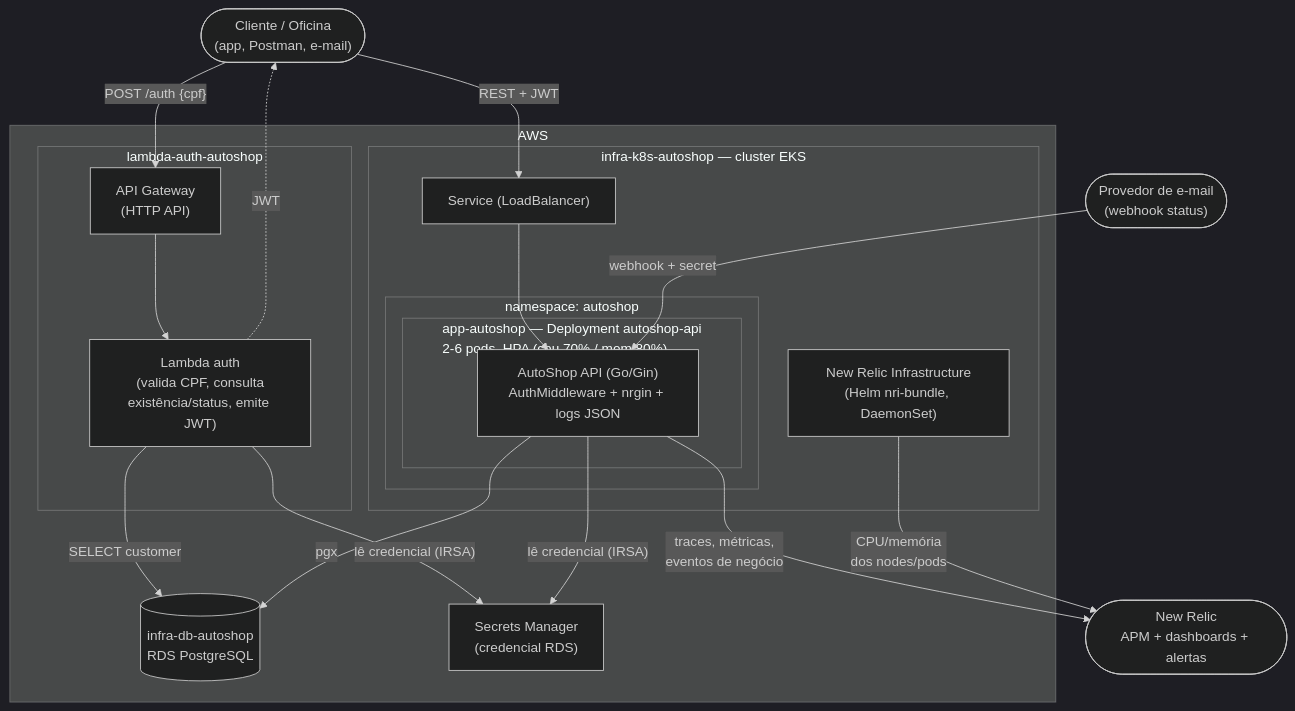
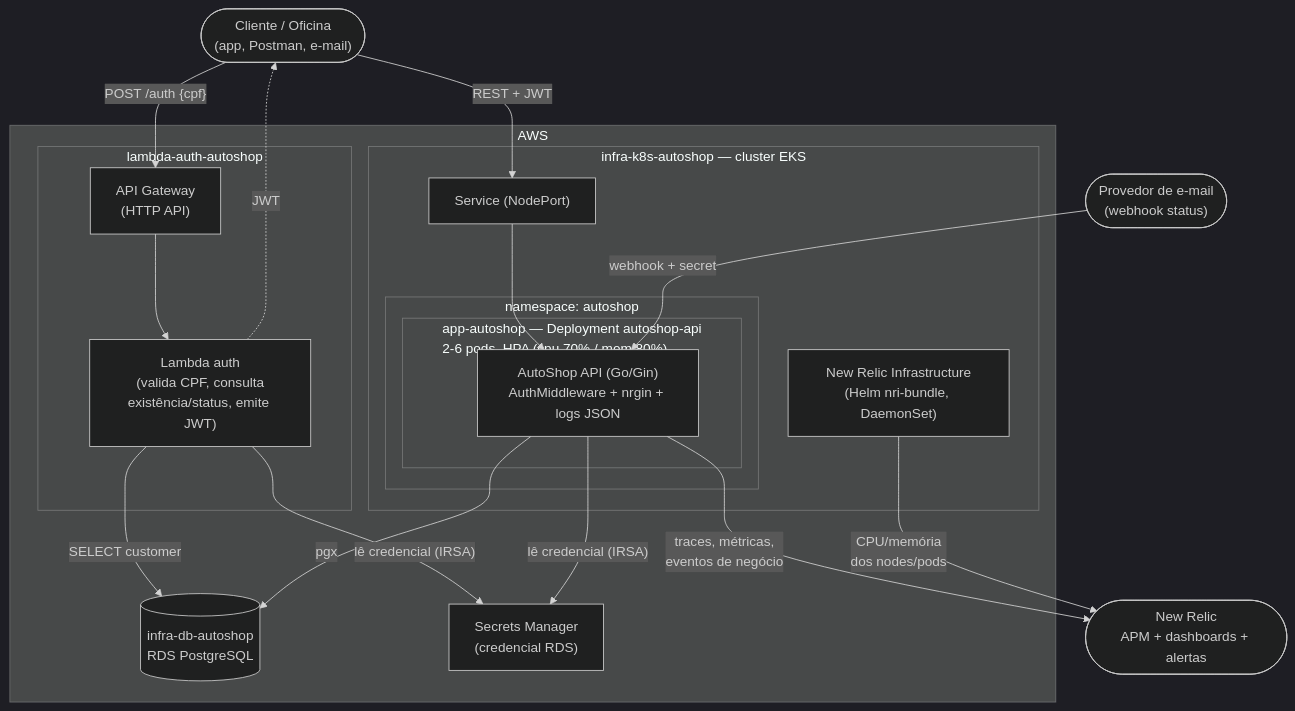
Before and after one commit to Jackeline2020/app-autoshop: the first of 3 diagrams in docs/architecture.md, drawn with Mermaid (dark theme). The commit also changed other lines of this file and 3 other files, not shown here.

````diff
--- a/docs/architecture.md
+++ b/docs/architecture.md
@@ -34,40 +34,40 @@
 ```mermaid
 flowchart TB
     Cliente(["Cliente / Oficina<br/>(app, Postman, e-mail)"])
 
     subgraph AWS["AWS"]
         subgraph AuthFlow["lambda-auth-autoshop"]
             APIGW["API Gateway<br/>(HTTP API)"]
             Lambda["Lambda auth<br/>(valida CPF, consulta<br/>existência/status, emite JWT)"]
         end
 
         subgraph EKS["infra-k8s-autoshop — cluster EKS"]
-            LB["Service (LoadBalancer)"]
+            LB["Service (NodePort)"]
             subgraph NS["namespace: autoshop"]
                 subgraph Pods["app-autoshop — Deployment autoshop-api<br/>2-6 pods, HPA (cpu 70% / mem 80%)"]
                     API["AutoShop API (Go/Gin)<br/>AuthMiddleware + nrgin + logs JSON"]
                 end
             end
             NRI["New Relic Infrastructure<br/>(Helm nri-bundle, DaemonSet)"]
         end
 
         RDS[("infra-db-autoshop<br/>RDS PostgreSQL")]
         SM["Secrets Manager<br/>(credencial RDS)"]
     end
 
     NewRelic(["New Relic<br/>APM + dashboards + alertas"])
     Email(["Provedor de e-mail<br/>(webhook status)"])
 
     Cliente -->|"POST /auth {cpf}"| APIGW --> Lambda
     Lambda -->|"SELECT customer"| RDS
     Lambda -.->|"JWT"| Cliente
     Lambda -->|"lê credencial (IRSA)"| SM
 
     Cliente -->|"REST + JWT"| LB --> API
     Email -->|"webhook + secret"| API
     API -->|"pgx"| RDS
     API -->|"lê credencial (IRSA)"| SM
 
     API -->|"traces, métricas,<br/>eventos de negócio"| NewRelic
     NRI -->|"CPU/memória<br/>dos nodes/pods"| NewRelic
 ```
````
